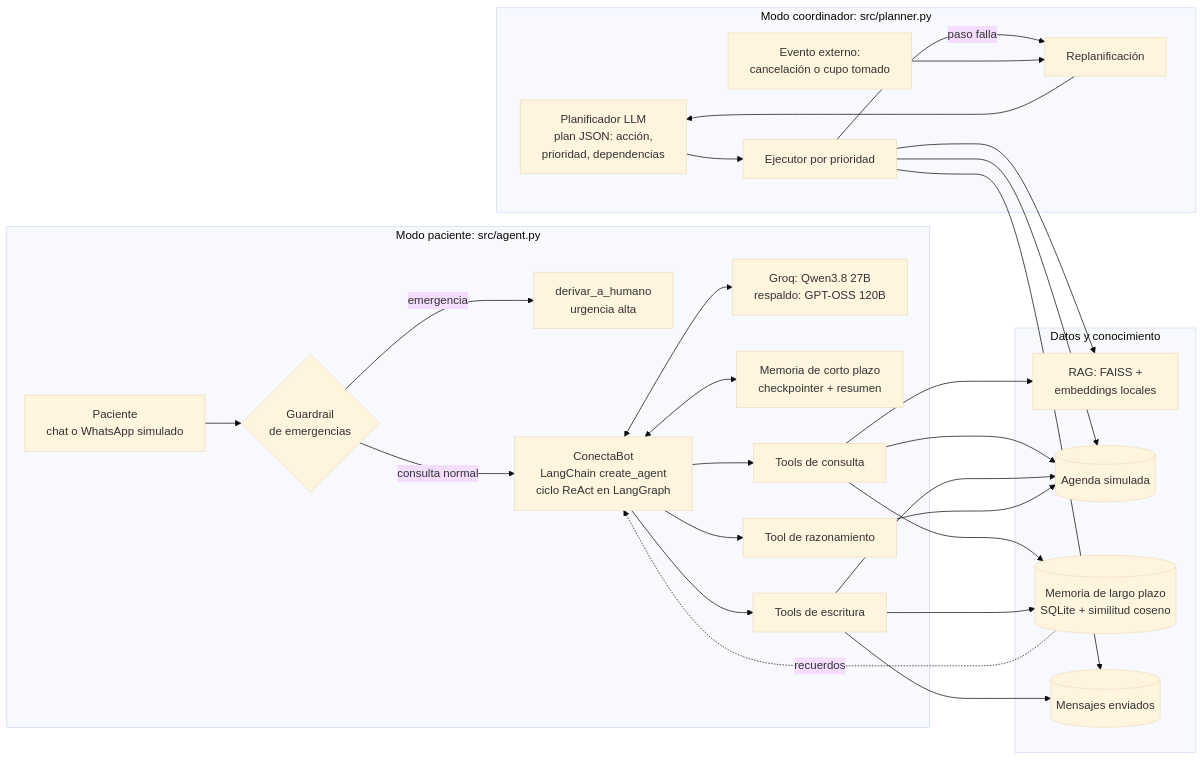
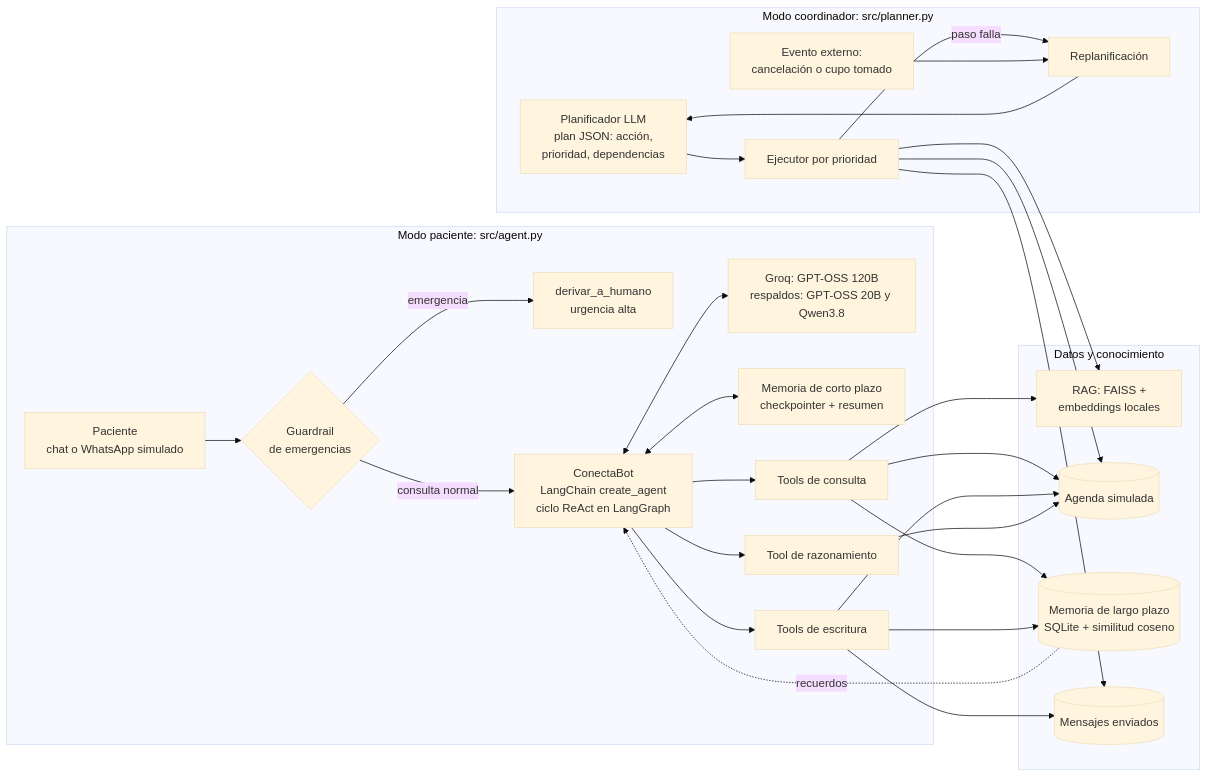
The diagram in docs/arquitectura_ep2.mmd (BenjaminHeresmann/SaludConecta-IA), drawn with Mermaid (base theme) before and after one commit. The commit also changed 4 other files, not shown here.

Commit message:
README y diagramas: cascada de modelos de Groq y latencia medida

```diff
--- a/docs/arquitectura_ep2.mmd
+++ b/docs/arquitectura_ep2.mmd
@@ -1,34 +1,34 @@
 flowchart LR
     subgraph PAC[Modo paciente: src/agent.py]
         U[Paciente<br/>chat o WhatsApp simulado] --> G{Guardrail<br/>de emergencias}
         G -- emergencia --> H[derivar_a_humano<br/>urgencia alta]
         G -- consulta normal --> A[ConectaBot<br/>LangChain create_agent<br/>ciclo ReAct en LangGraph]
-        A <--> LLM[Groq: Qwen3.8 27B<br/>respaldo: GPT-OSS 120B]
+        A <--> LLM[Groq: GPT-OSS 120B<br/>respaldos: GPT-OSS 20B y Qwen3.8]
         A <--> MC[Memoria de corto plazo<br/>checkpointer + resumen]
         A --> TC[Tools de consulta]
         A --> TE[Tools de escritura]
         A --> TR[Tool de razonamiento]
     end
     subgraph DAT[Datos y conocimiento]
         RAG[RAG: FAISS +<br/>embeddings locales]
         AG[(Agenda simulada)]
         ML[(Memoria de largo plazo<br/>SQLite + similitud coseno)]
         WA[(Mensajes enviados)]
     end
     subgraph COO[Modo coordinador: src/planner.py]
         PL[Planificador LLM<br/>plan JSON: acción,<br/>prioridad, dependencias] --> EJ[Ejecutor por prioridad]
         EJ -- paso falla --> RP[Replanificación]
         EV[Evento externo:<br/>cancelación o cupo tomado] --> RP
         RP --> PL
     end
     ML -. recuerdos .-> A
     TC --> RAG
     TC --> AG
     TC --> ML
     TE --> AG
     TE --> WA
     TE --> ML
     TR --> AG
     EJ --> AG
     EJ --> RAG
     EJ --> WA
```
